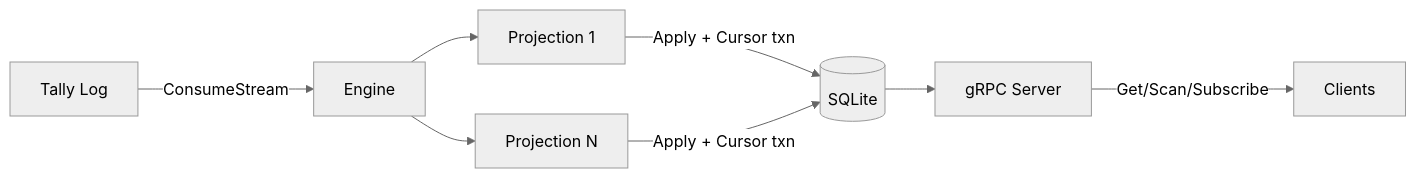
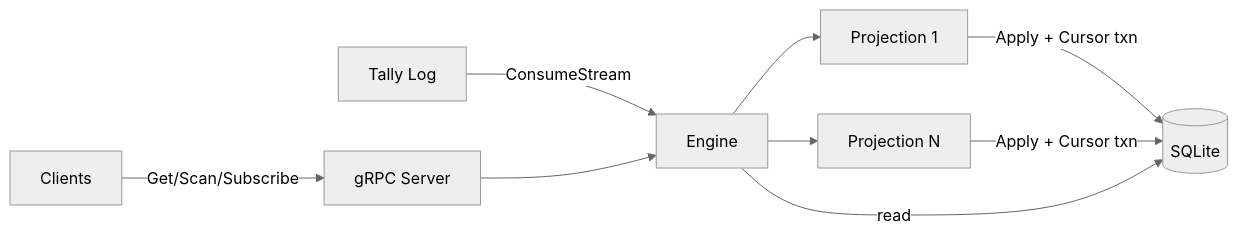
Before and after one commit to w-h-a/prism: the diagram in README.md, drawn with Mermaid (neutral theme).

Commit message:
docs: update README (#3)

````diff
--- a/README.md
+++ b/README.md
@@ -19,10 +19,11 @@
 ```mermaid
-flowchart LR                                             
-      T[Tally Log] -->|ConsumeStream| E[Engine]                                                                            
+flowchart LR           
+      T[Tally Log] -->|ConsumeStream| E[Engine]
       E --> P1[Projection 1]
       E --> P2[Projection N]
       P1 -->|Apply + Cursor txn| S[(SQLite)]
       P2 -->|Apply + Cursor txn| S
-      S --> G[gRPC Server]
-      G -->|Get/Scan/Subscribe| C[Clients]
+      C[Clients] -->|Get/Scan/Subscribe| G[gRPC Server]
+      G --> E
+      E -->|read| S
 ```
````
